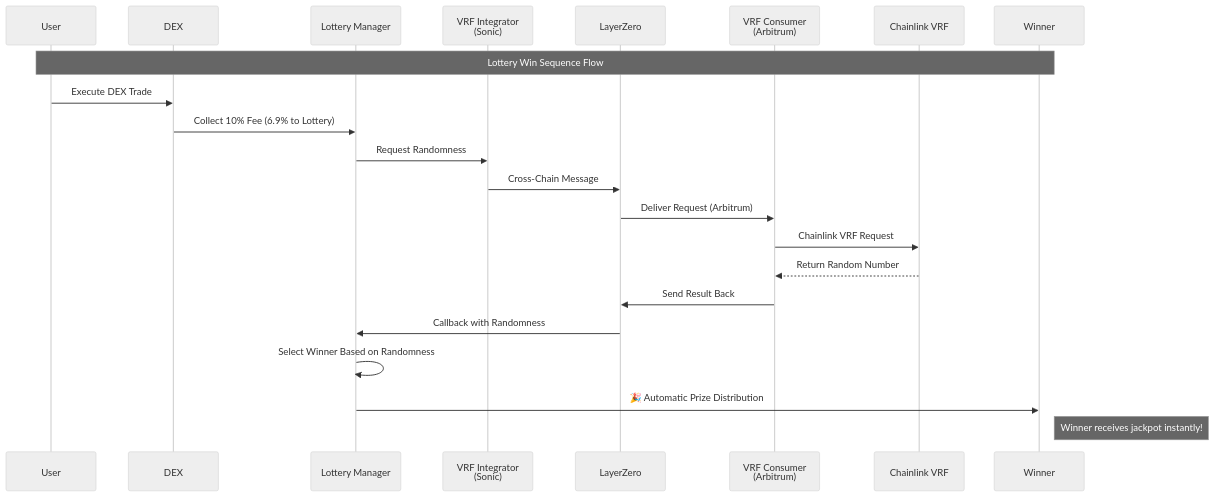
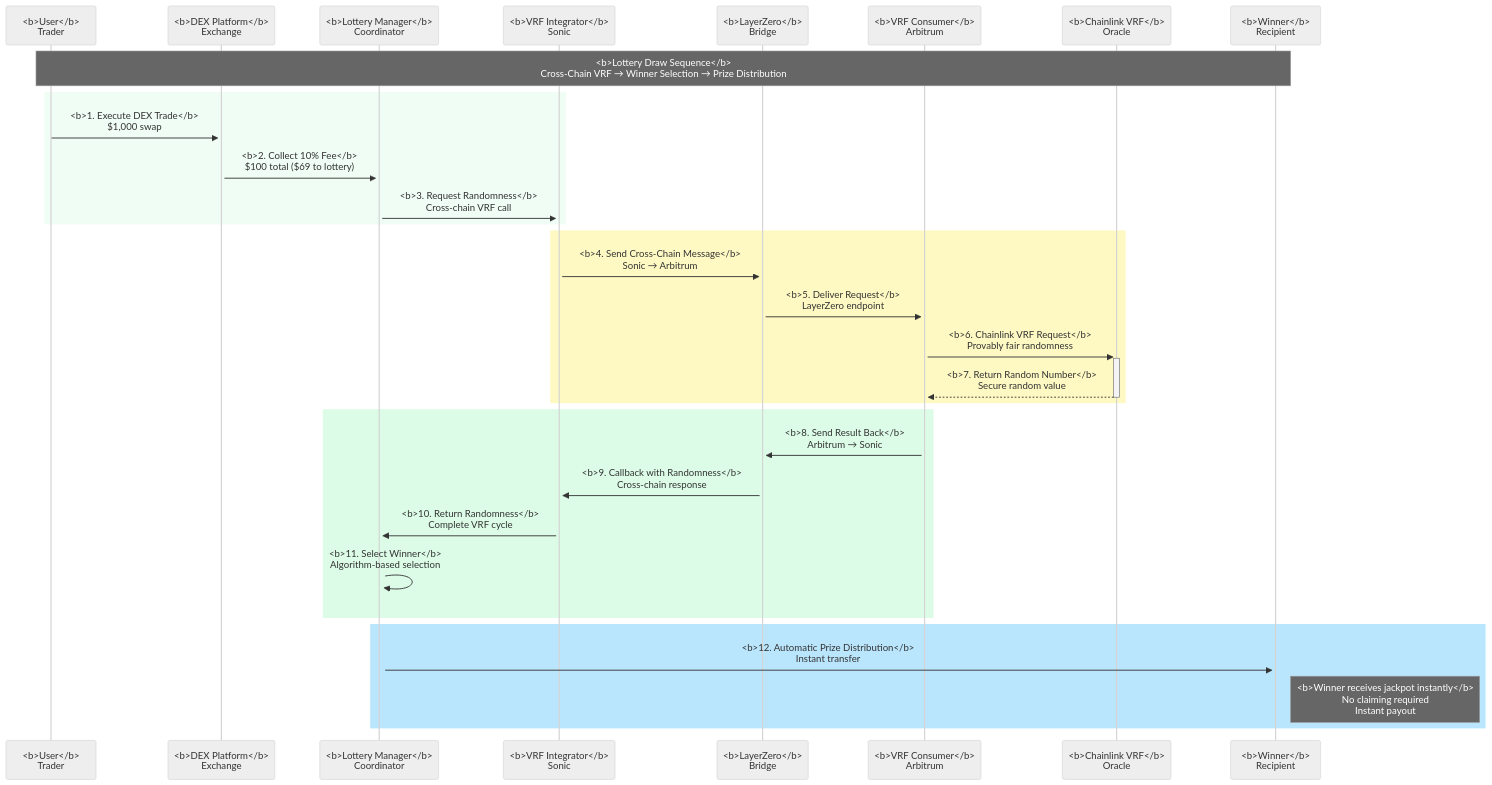
Before and after one commit to omnidragon-io/docs: the third of 11 diagrams in docs/diagrams.md, drawn with Mermaid (neutral theme). The commit also changed other lines of this file, not shown here.

First line of the commit message:
docs: upgrade all Mermaid diagrams with beautiful professional styling

````diff
--- a/docs/diagrams.md
+++ b/docs/diagrams.md
@@ -104,27 +126,40 @@
 ```mermaid
 sequenceDiagram
-    participant U as User
-    participant DEX as DEX
-    participant LM as Lottery Manager
-    participant VRF_I as VRF Integrator<br/>(Sonic)
-    participant LZ as LayerZero
-    participant VRF_C as VRF Consumer<br/>(Arbitrum)
-    participant CL as Chainlink VRF
-    participant W as Winner
+    %% Define participant styles with enhanced formatting
+    participant U as <b>User</b><br/>Trader
+    participant DEX as <b>DEX Platform</b><br/>Exchange
+    participant LM as <b>Lottery Manager</b><br/>Coordinator
+    participant VRF_I as <b>VRF Integrator</b><br/>Sonic
+    participant LZ as <b>LayerZero</b><br/>Bridge
+    participant VRF_C as <b>VRF Consumer</b><br/>Arbitrum
+    participant CL as <b>Chainlink VRF</b><br/>Oracle
+    participant W as <b>Winner</b><br/>Recipient
 
-    Note over U,W: Lottery Win Sequence Flow
+    %% Enhanced styling with colored rectangles
+    Note over U,W: <b>Lottery Draw Sequence</b><br/>Cross-Chain VRF → Winner Selection → Prize Distribution
 
-    U->>DEX: Execute DEX Trade
-    DEX->>LM: Collect 10% Fee (6.9% to Lottery)
-    LM->>VRF_I: Request Randomness
-    VRF_I->>LZ: Cross-Chain Message
-    LZ->>VRF_C: Deliver Request (Arbitrum)
-    VRF_C->>CL: Chainlink VRF Request
-    CL-->>VRF_C: Return Random Number
-    VRF_C->>LZ: Send Result Back
-    LZ->>LM: Callback with Randomness
-    LM->>LM: Select Winner Based on Randomness
-    LM->>W: 🎉 Automatic Prize Distribution
+    rect rgb(240, 253, 244)
+        U->>+DEX: <b>1. Execute DEX Trade</b><br/>$1,000 swap
+        DEX->>+LM: <b>2. Collect 10% Fee</b><br/>$100 total ($69 to lottery)
+        LM->>+VRF_I: <b>3. Request Randomness</b><br/>Cross-chain VRF call
+    end
 
-    Note right of W: Winner receives jackpot instantly!
+    rect rgb(254, 249, 195)
+        VRF_I->>+LZ: <b>4. Send Cross-Chain Message</b><br/>Sonic → Arbitrum
+        LZ->>+VRF_C: <b>5. Deliver Request</b><br/>LayerZero endpoint
+        VRF_C->>+CL: <b>6. Chainlink VRF Request</b><br/>Provably fair randomness
+        CL-->>-VRF_C: <b>7. Return Random Number</b><br/>Secure random value
+    end
+
+    rect rgb(220, 252, 231)
+        VRF_C->>+LZ: <b>8. Send Result Back</b><br/>Arbitrum → Sonic
+        LZ->>+VRF_I: <b>9. Callback with Randomness</b><br/>Cross-chain response
+        VRF_I->>+LM: <b>10. Return Randomness</b><br/>Complete VRF cycle
+        LM->>LM: <b>11. Select Winner</b><br/>Algorithm-based selection
+    end
+
+    rect rgb(186, 230, 253)
+        LM->>+W: <b>12. Automatic Prize Distribution</b><br/>Instant transfer
+        Note right of W: <b>Winner receives jackpot instantly</b><br/>No claiming required<br/>Instant payout
+    end
 ```
````
